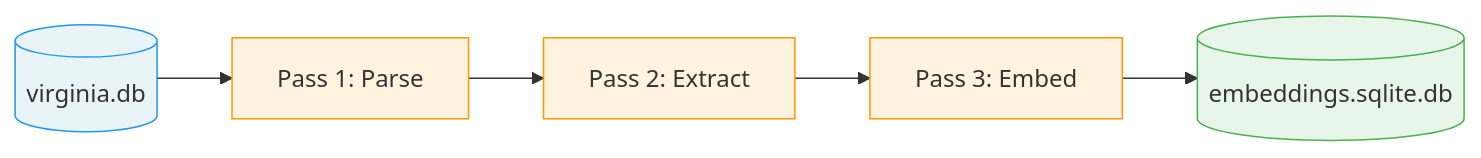
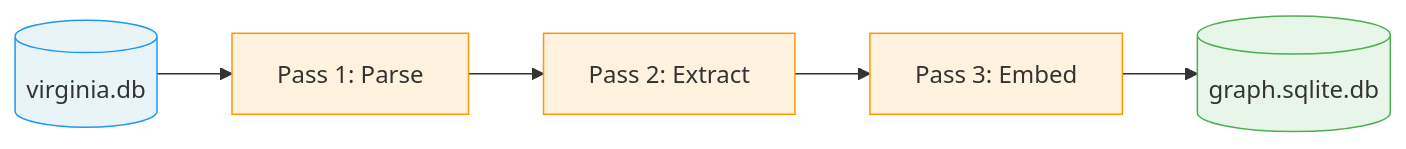
One commit to geoffsee/proseva changed the first of 8 diagrams in packages/embeddings/README.md. Above: the diagram before and after it, drawn with Mermaid. The commit also changed other lines of this file and 52 other files, not shown here.

````diff
--- a/packages/embeddings/README.md
+++ b/packages/embeddings/README.md
@@ -21,13 +21,13 @@
 ```mermaid
 graph LR
     VDB[(virginia.db)] --> P1[Pass 1: Parse]
     P1 --> P2[Pass 2: Extract]
     P2 --> P3[Pass 3: Embed]
-    P3 --> EDB[(embeddings.sqlite.db)]
+    P3 --> EDB[(graph.sqlite.db)]
 
     style VDB fill:#e8f4f8,stroke:#2196F3
     style EDB fill:#e8f5e9,stroke:#4CAF50
     style P1 fill:#fff3e0,stroke:#FF9800
     style P2 fill:#fff3e0,stroke:#FF9800
     style P3 fill:#fff3e0,stroke:#FF9800
 ```
````
